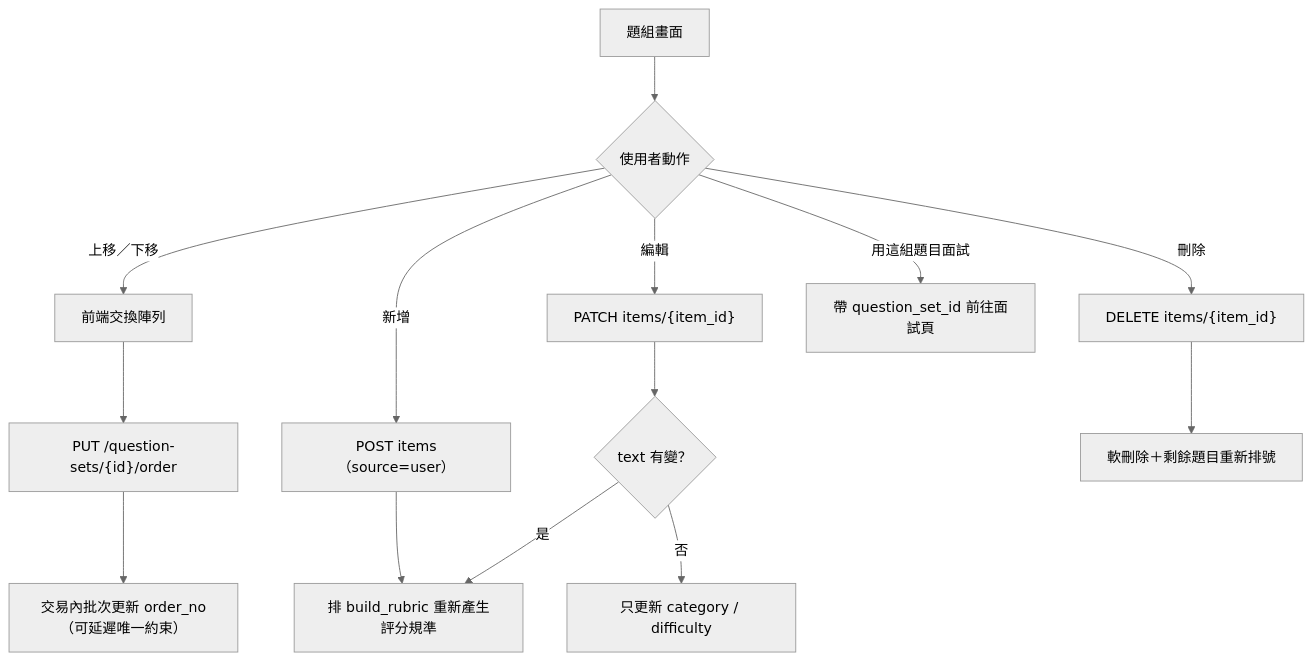
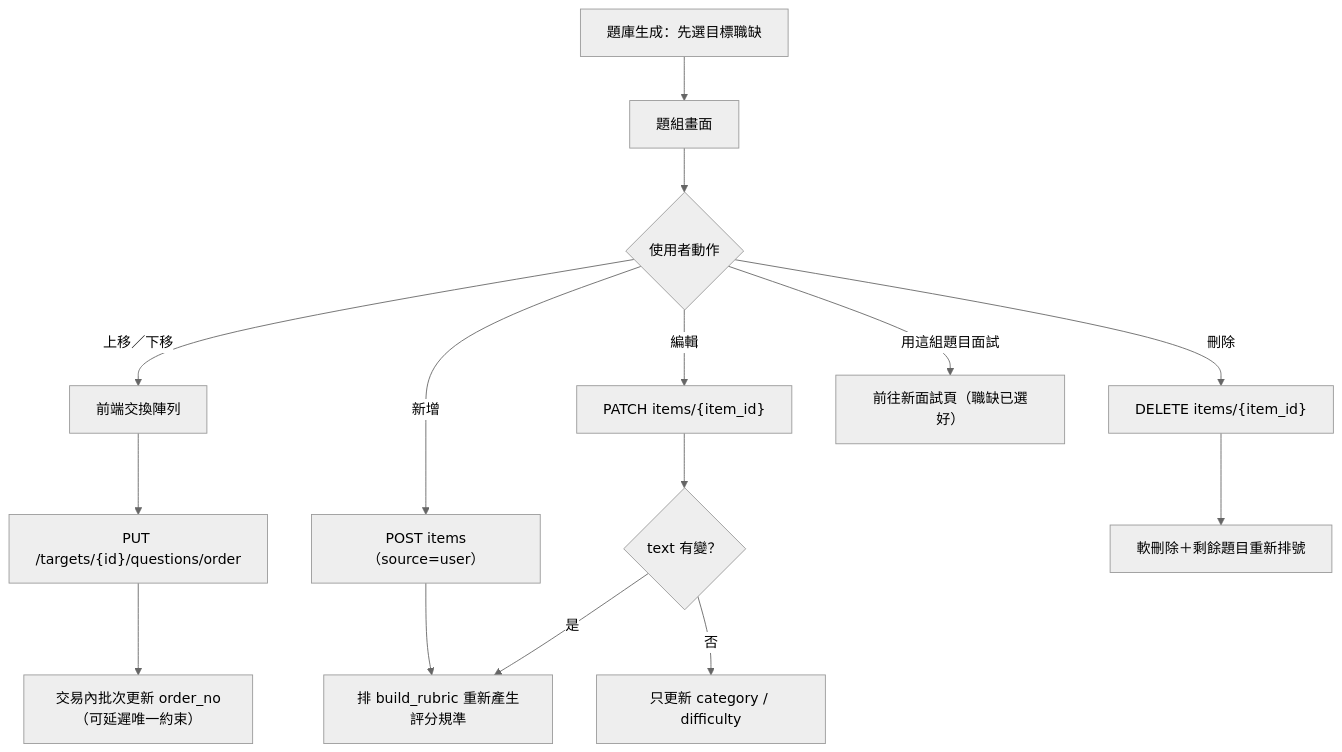
One commit to WilliamTsai1227/AI_Interview changed the tenth of 29 diagrams in spec/flows.md. Above: the diagram before and after it, drawn with Mermaid (neutral theme). The commit also changed other lines of this file and 4 other files, not shown here.

````diff
--- a/spec/flows.md
+++ b/spec/flows.md
@@ -280,12 +312,13 @@
 ```mermaid
 flowchart TD
     A["題組畫面"] --> B{"使用者動作"}
-    B -- 上移／下移 --> C["前端交換陣列"] --> C1["PUT /question-sets/{id}/order"]
+    A0["題庫生成：先選目標職缺"] --> A
+    B -- 上移／下移 --> C["前端交換陣列"] --> C1["PUT /targets/{id}/questions/order"]
     C1 --> C2["交易內批次更新 order_no（可延遲唯一約束）"]
     B -- 編輯 --> D["PATCH items/{item_id}"] --> D1{"text 有變？"}
     D1 -- 是 --> D2["排 build_rubric 重新產生評分規準"]
     D1 -- 否 --> D3["只更新 category / difficulty"]
     B -- 新增 --> E["POST items（source=user）"] --> D2
     B -- 刪除 --> F["DELETE items/{item_id}"] --> F1["軟刪除＋剩餘題目重新排號"]
-    B -- 用這組題目面試 --> G["帶 question_set_id 前往面試頁"]
+    B -- 用這組題目面試 --> G["前往新面試頁（職缺已選好）"]
 ```
````
